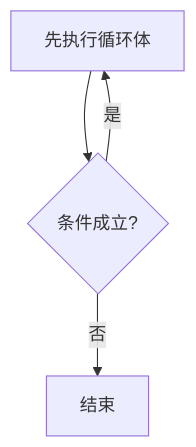
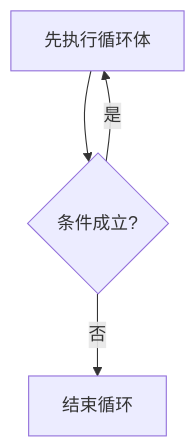
The fifth of 5 diagrams in C语言圣经/control-flow.md (shanchuann/TheGitbookLibrary), drawn with Mermaid before and after one commit. The commit also changed other lines of this file and 8 other files, not shown here.

````diff
--- a/C语言圣经/control-flow.md
+++ b/C语言圣经/control-flow.md
@@ -367,6 +781,6 @@
 ```mermaid
 flowchart TD
-    A[先执行循环体] --> B{条件成立?}
-    B -- 是 --> A
-    B -- 否 --> C[结束]
+    A["先执行循环体"] --> B{"条件成立?"}
+    B -- "是" --> A
+    B -- "否" --> C["结束循环"]
 ```
````
